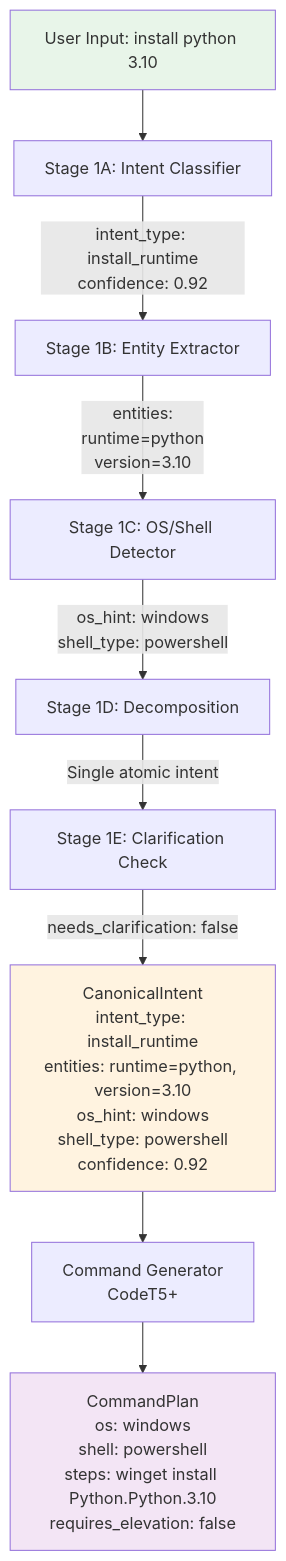
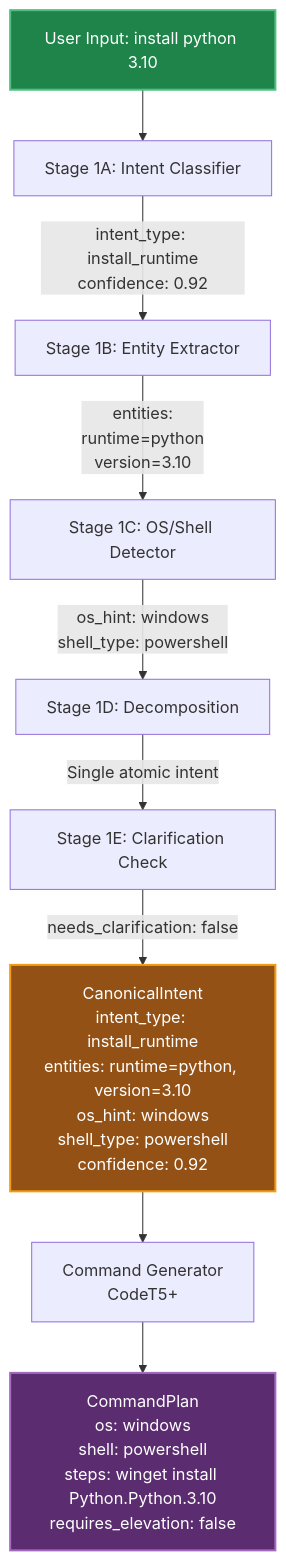
Before and after one commit to sumit-s-nair/contAIner: the third of 7 diagrams in docs/ARCHITECTURE_DIAGRAM.md, drawn with Mermaid. The commit also changed other lines of this file and 2 other files, not shown here.

Commit message:
docs: update architecture diagrams with new color scheme

````diff
--- a/docs/ARCHITECTURE_DIAGRAM.md
+++ b/docs/ARCHITECTURE_DIAGRAM.md
@@ -97,29 +97,29 @@
 ```mermaid
 flowchart TD
     Input["User Input: install python 3.10"]
     
     Input --> Stage1A["Stage 1A: Intent Classifier"]
     Stage1A --> |"intent_type: install_runtime\nconfidence: 0.92"| Stage1B
     
     Stage1B["Stage 1B: Entity Extractor"]
     Stage1B --> |"entities:\nruntime=python\nversion=3.10"| Stage1C
     
     Stage1C["Stage 1C: OS/Shell Detector"]
     Stage1C --> |"os_hint: windows\nshell_type: powershell"| Stage1D
     
     Stage1D["Stage 1D: Decomposition"]
     Stage1D --> |"Single atomic intent"| Stage1E
     
     Stage1E["Stage 1E: Clarification Check"]
     Stage1E --> |"needs_clarification: false"| CanonicalIntent
     
     CanonicalIntent["CanonicalIntent\nintent_type: install_runtime\nentities: runtime=python, version=3.10\nos_hint: windows\nshell_type: powershell\nconfidence: 0.92"]
     
     CanonicalIntent --> Generator["Command Generator\nCodeT5+"]
     
     Generator --> CommandPlan["CommandPlan\nos: windows\nshell: powershell\nsteps: winget install Python.Python.3.10\nrequires_elevation: false"]
     
-    style Input fill:#e8f5e9
-    style CanonicalIntent fill:#fff3e0
-    style CommandPlan fill:#f3e5f5
+    style Input fill:#1e8449,stroke:#52be80,stroke-width:2px,color:#fff
+    style CanonicalIntent fill:#935116,stroke:#f39c12,stroke-width:2px,color:#fff
+    style CommandPlan fill:#5b2c6f,stroke:#a569bd,stroke-width:2px,color:#fff
 ```
````
